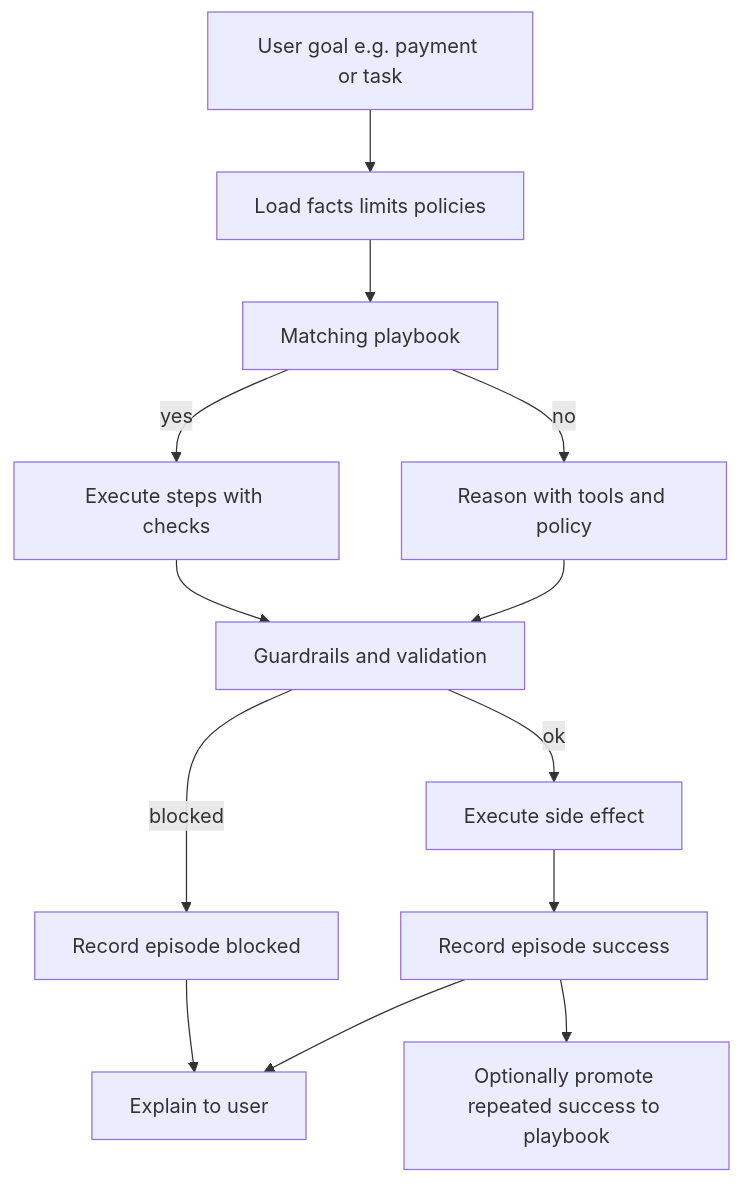
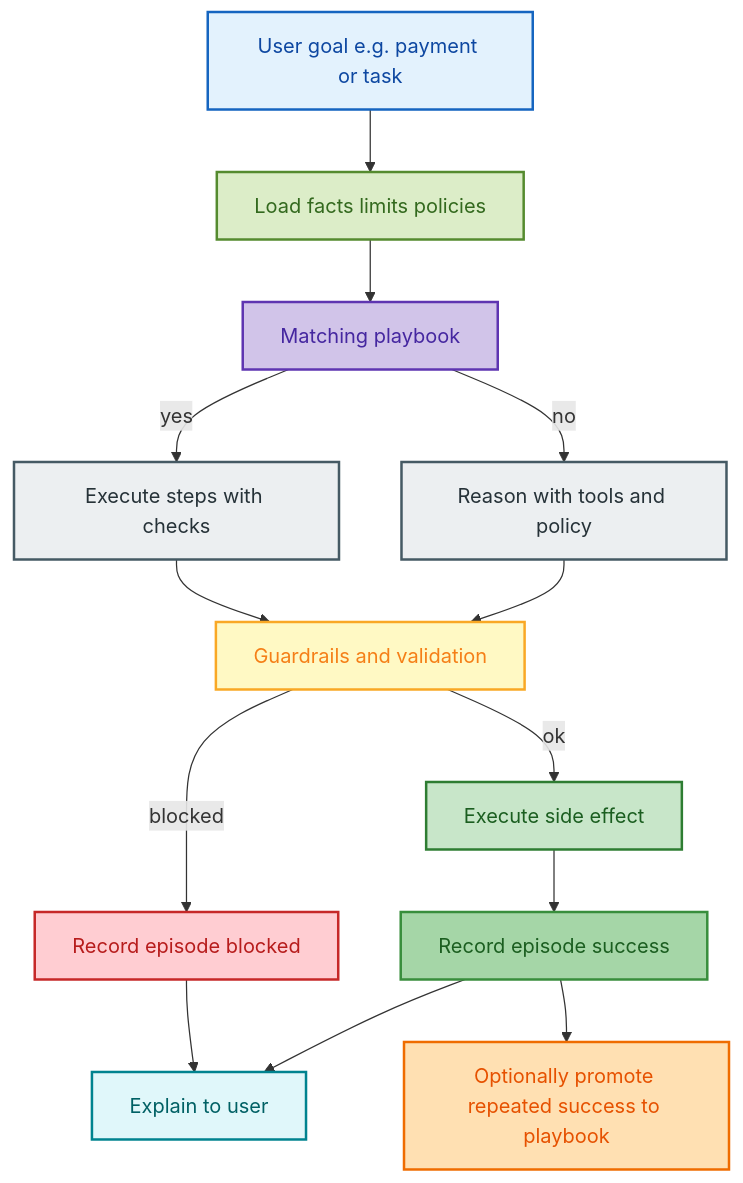
Before and after one commit to srirama4n/adk_long_term: the tenth of 10 diagrams in docs/doc.md, drawn with Mermaid. The commit also changed other lines of this file, not shown here.

````diff
--- a/docs/doc.md
+++ b/docs/doc.md
@@ -361,15 +439,27 @@
 ```mermaid
 flowchart TD
     Start["User goal e.g. payment or task"] --> Load["Load facts limits policies"]
     Load --> PB["Matching playbook"]
     PB -->|yes| Follow["Execute steps with checks"]
     PB -->|no| Reason["Reason with tools and policy"]
     Follow --> Check["Guardrails and validation"]
     Reason --> Check
     Check -->|blocked| Log1["Record episode blocked"]
     Check -->|ok| Exec["Execute side effect"]
     Exec --> Log2["Record episode success"]
     Log1 --> Out["Explain to user"]
     Log2 --> Out
     Log2 --> Learn["Optionally promote repeated success to playbook"]
+
+    style Start fill:#E3F2FD,stroke:#1565C0,stroke-width:2px,color:#0D47A1
+    style Load fill:#DCEDC8,stroke:#558B2F,stroke-width:2px,color:#33691E
+    style PB fill:#D1C4E9,stroke:#5E35B1,stroke-width:2px,color:#4527A0
+    style Follow fill:#ECEFF1,stroke:#455A64,stroke-width:2px,color:#263238
+    style Reason fill:#ECEFF1,stroke:#455A64,stroke-width:2px,color:#263238
+    style Check fill:#FFF9C4,stroke:#F9A825,stroke-width:2px,color:#F57F17
+    style Log1 fill:#FFCDD2,stroke:#C62828,stroke-width:2px,color:#B71C1C
+    style Exec fill:#C8E6C9,stroke:#2E7D32,stroke-width:2px,color:#1B5E20
+    style Log2 fill:#A5D6A7,stroke:#388E3C,stroke-width:2px,color:#1B5E20
+    style Out fill:#E0F7FA,stroke:#00838F,stroke-width:2px,color:#006064
+    style Learn fill:#FFE0B2,stroke:#EF6C00,stroke-width:2px,color:#E65100
 ```
````
